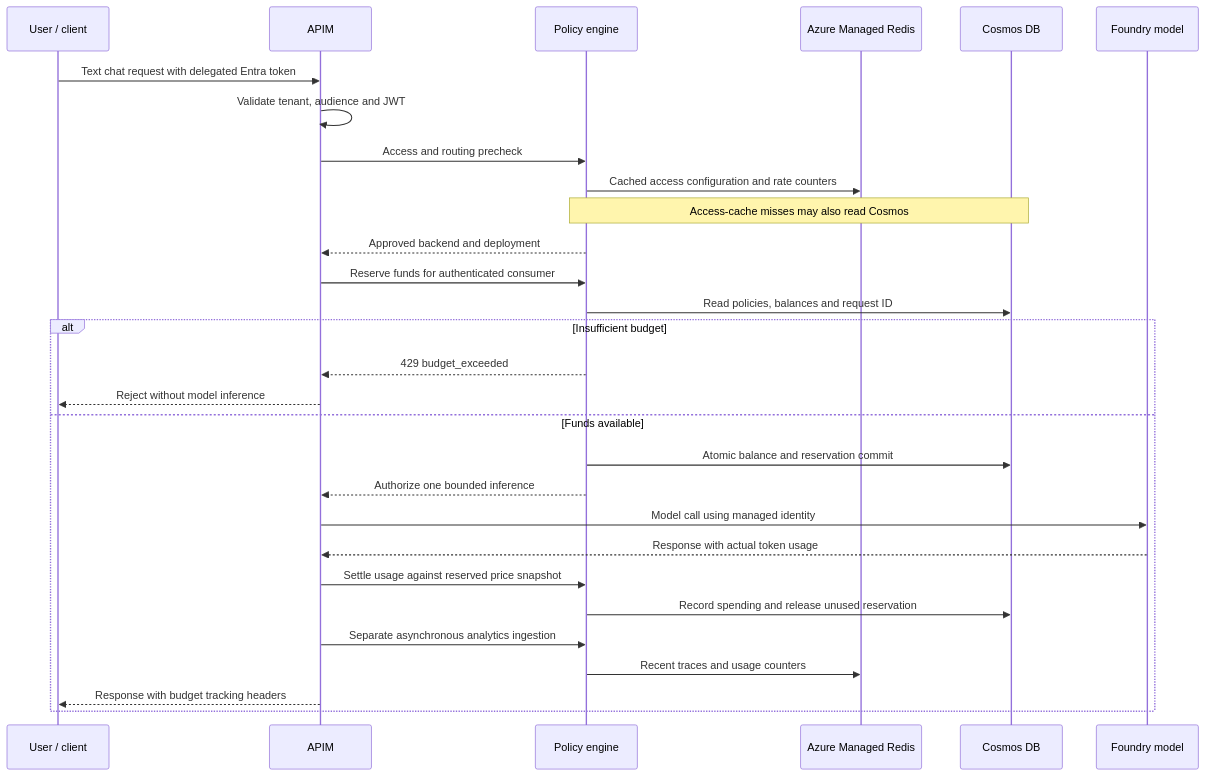
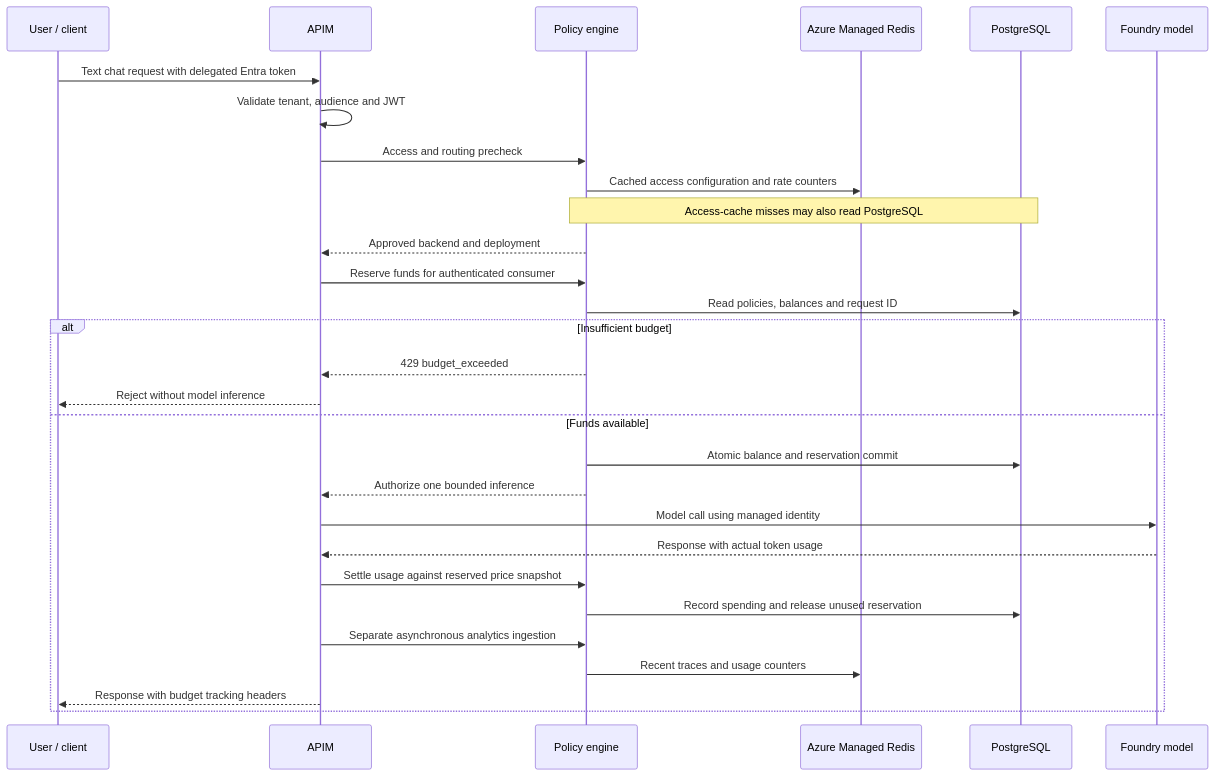
One commit to ij-23/aigw-with-budget-policy changed the diagram in docs/SOLUTION.md. Above: the diagram before and after it, drawn with Mermaid. The commit also changed other lines of this file and 78 other files, not shown here.

Commit message:
feat: replace Cosmos with PostgreSQL and default to Sweden Central

````diff
--- a/docs/SOLUTION.md
+++ b/docs/SOLUTION.md
@@ -13,31 +13,31 @@
 ```mermaid
 sequenceDiagram
     participant U as User / client
     participant A as APIM
     participant E as Policy engine
     participant R as Azure Managed Redis
-    participant C as Cosmos DB
+    participant C as PostgreSQL
     participant F as Foundry model
     U->>A: Text chat request with delegated Entra token
     A->>A: Validate tenant, audience and JWT
     A->>E: Access and routing precheck
     E->>R: Cached access configuration and rate counters
-    Note over E,C: Access-cache misses may also read Cosmos
+    Note over E,C: Access-cache misses may also read PostgreSQL
     E-->>A: Approved backend and deployment
     A->>E: Reserve funds for authenticated consumer
     E->>C: Read policies, balances and request ID
     alt Insufficient budget
         E-->>A: 429 budget_exceeded
         A-->>U: Reject without model inference
     else Funds available
         E->>C: Atomic balance and reservation commit
         E-->>A: Authorize one bounded inference
         A->>F: Model call using managed identity
         F-->>A: Response with actual token usage
         A->>E: Settle usage against reserved price snapshot
         E->>C: Record spending and release unused reservation
         A->>E: Separate asynchronous analytics ingestion
         E->>R: Recent traces and usage counters
         A-->>U: Response with budget tracking headers
     end
 ```
````
